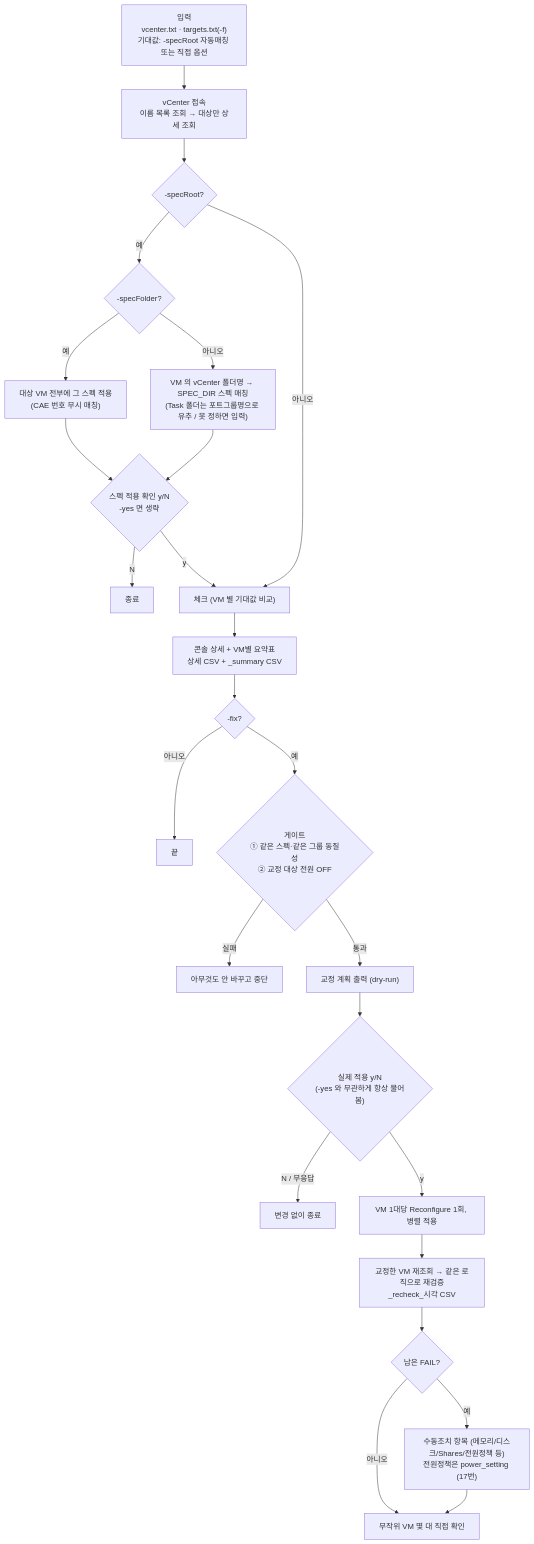
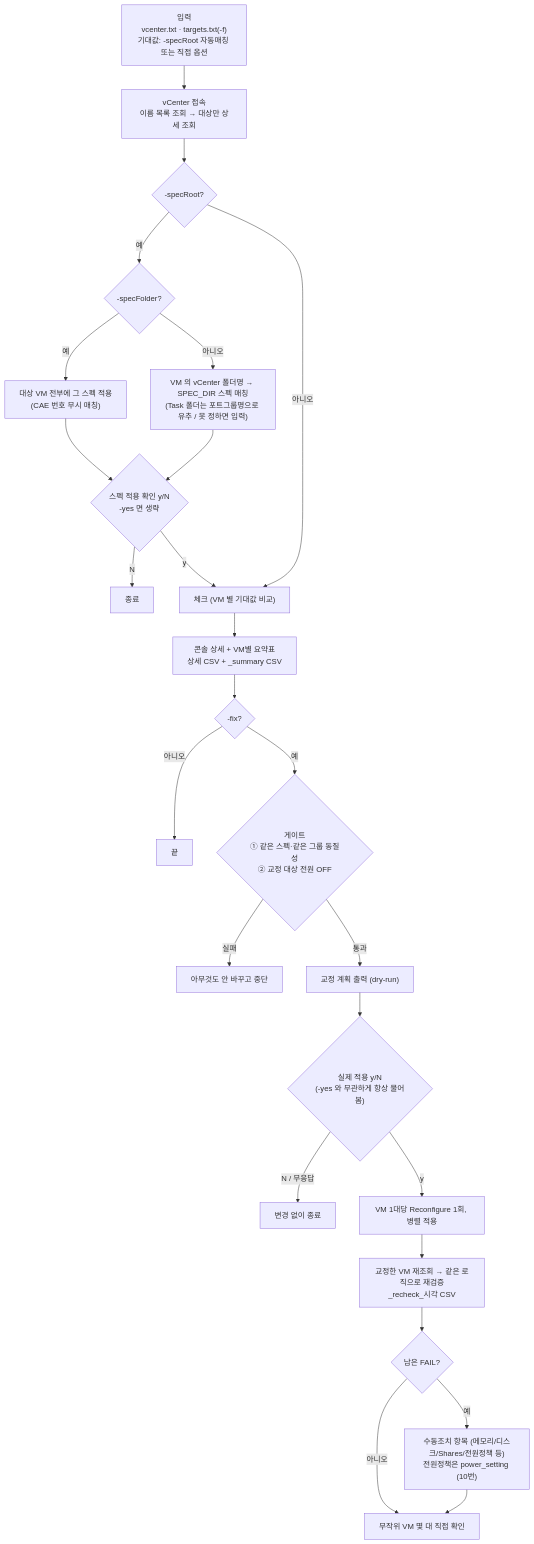
Before and after one commit to qazx2675/myrepo: the diagram in .claude/VM/인수인계/11_vm-param-check.md, drawn with Mermaid. The commit also changed other lines of this file and 18 other files, not shown here.

````diff
--- a/.claude/VM/인수인계/11_vm-param-check.md
+++ b/.claude/VM/인수인계/11_vm-param-check.md
@@ -57,31 +57,31 @@
 ```mermaid
 flowchart TD
     A["입력<br/>vcenter.txt · targets.txt(-f)<br/>기대값: -specRoot 자동매칭 또는 직접 옵션"] --> B["vCenter 접속<br/>이름 목록 조회 → 대상만 상세 조회"]
     B --> C{"-specRoot?"}
     C -- 예 --> C1{"-specFolder?"}
     C1 -- 예 --> D4["대상 VM 전부에 그 스펙 적용<br/>(CAE 번호 무시 매칭)"] --> D1
     C1 -- 아니오 --> D["VM 의 vCenter 폴더명 → SPEC_DIR 스펙 매칭<br/>(Task 폴더는 포트그룹명으로 유추 / 못 정하면 입력)"]
     D --> D1{"스펙 적용 확인 y/N<br/>-yes 면 생략"}
     D1 -- N --> Z0["종료"]
     D1 -- y --> E
     C -- 아니오 --> E["체크 (VM 별 기대값 비교)"]
     E --> F["콘솔 상세 + VM별 요약표<br/>상세 CSV + _summary CSV"]
     F --> G{"-fix?"}
     G -- 아니오 --> Z1["끝"]
     G -- 예 --> H{"게이트<br/>① 같은 스펙·같은 그룹 동질성<br/>② 교정 대상 전원 OFF"}
     H -- 실패 --> Z2["아무것도 안 바꾸고 중단"]
     H -- 통과 --> I["교정 계획 출력 (dry-run)"]
     I --> J{"실제 적용 y/N<br/>(-yes 와 무관하게 항상 물어봄)"}
     J -- N / 무응답 --> Z3["변경 없이 종료"]
     J -- y --> K["VM 1대당 Reconfigure 1회, 병렬 적용"]
     K --> L["교정한 VM 재조회 → 같은 로직으로 재검증<br/>_recheck_시각 CSV"]
     L --> M{"남은 FAIL?"}
-    M -- 예 --> N["수동조치 항목 (메모리/디스크/Shares/전원정책 등)<br/>전원정책은 power_setting (17번)"]
+    M -- 예 --> N["수동조치 항목 (메모리/디스크/Shares/전원정책 등)<br/>전원정책은 power_setting (10번)"]
     M -- 아니오 --> O["무작위 VM 몇 대 직접 확인"]
     N --> O
     class A input
     class K,L change
     class D1,H,J gate
     class Z2,N warn
     class Z0,Z1,Z3,O safe
 ```
````
